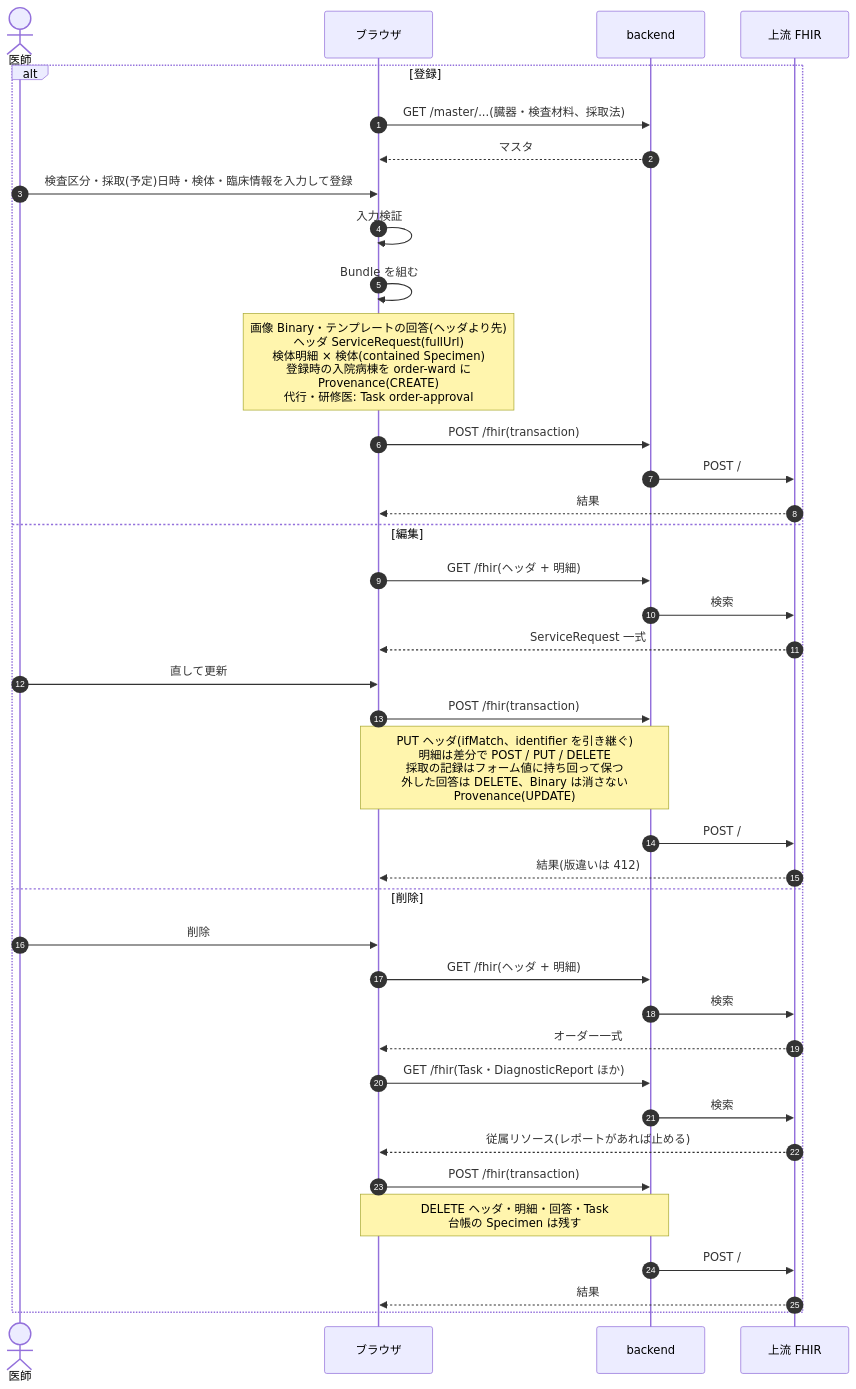
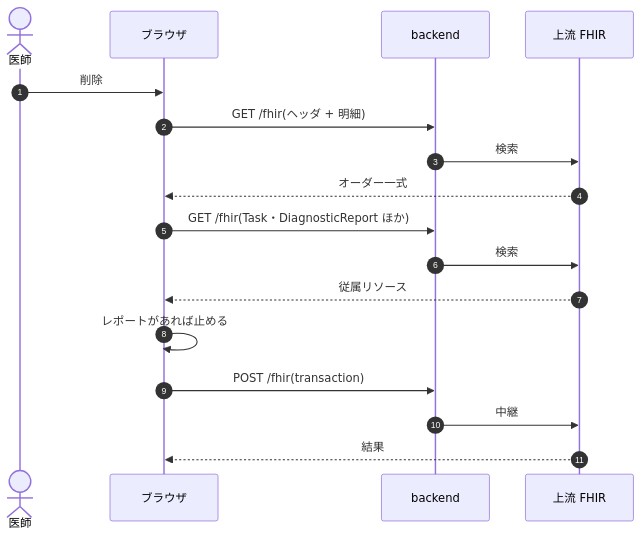
Before and after one commit to ysnr-dev/fhir-client-docs: the third of 12 diagrams in docs/dev/patho.md, drawn with Mermaid. The commit also changed other lines of this file and 43 other files, not shown here.

Commit message:
docs: 業務フローとシーケンス図を写し直し

````diff
--- a/docs/dev/patho.md
+++ b/docs/dev/patho.md
@@ -53,41 +206,20 @@
 ```mermaid
 sequenceDiagram
   autonumber
   actor Dr as 医師
   participant UI as ブラウザ
   participant BE as backend
   participant FHIR as 上流 FHIR
 
-  alt 登録
-    UI->>BE: GET /master/...(臓器・検査材料、採取法)
-    BE-->>UI: マスタ
-    Dr->>UI: 検査区分・採取(予定)日時・検体・臨床情報を入力して登録
-    UI->>UI: 入力検証
-    UI->>UI: Bundle を組む
-    Note over UI: 画像 Binary・テンプレートの回答(ヘッダより先)<br/>ヘッダ ServiceRequest(fullUrl)<br/>検体明細 × 検体(contained Specimen)<br/>登録時の入院病棟を order-ward に<br/>Provenance(CREATE)<br/>代行・研修医: Task order-approval
-    UI->>BE: POST /fhir(transaction)
-    BE->>FHIR: POST /
-    FHIR-->>UI: 結果
-  else 編集
-    UI->>BE: GET /fhir(ヘッダ + 明細)
-    BE->>FHIR: 検索
-    FHIR-->>UI: ServiceRequest 一式
-    Dr->>UI: 直して更新
-    UI->>BE: POST /fhir(transaction)
-    Note over UI,BE: PUT ヘッダ(ifMatch、identifier を引き継ぐ)<br/>明細は差分で POST / PUT / DELETE<br/>採取の記録はフォーム値に持ち回って保つ<br/>外した回答は DELETE、Binary は消さない<br/>Provenance(UPDATE)
-    BE->>FHIR: POST /
-    FHIR-->>UI: 結果(版違いは 412)
-  else 削除
-    Dr->>UI: 削除
-    UI->>BE: GET /fhir(ヘッダ + 明細)
-    BE->>FHIR: 検索
-    FHIR-->>UI: オーダー一式
-    UI->>BE: GET /fhir(Task・DiagnosticReport ほか)
-    BE->>FHIR: 検索
-    FHIR-->>UI: 従属リソース(レポートがあれば止める)
-    UI->>BE: POST /fhir(transaction)
-    Note over UI,BE: DELETE ヘッダ・明細・回答・Task<br/>台帳の Specimen は残す
-    BE->>FHIR: POST /
-    FHIR-->>UI: 結果
-  end
+  Dr->>UI: 削除
+  UI->>BE: GET /fhir(ヘッダ + 明細)
+  BE->>FHIR: 検索
+  FHIR-->>UI: オーダー一式
+  UI->>BE: GET /fhir(Task・DiagnosticReport ほか)
+  BE->>FHIR: 検索
+  FHIR-->>UI: 従属リソース
+  UI->>UI: レポートがあれば止める
+  UI->>BE: POST /fhir(transaction)
+  BE->>FHIR: 中継
+  FHIR-->>UI: 結果
 ```
````
